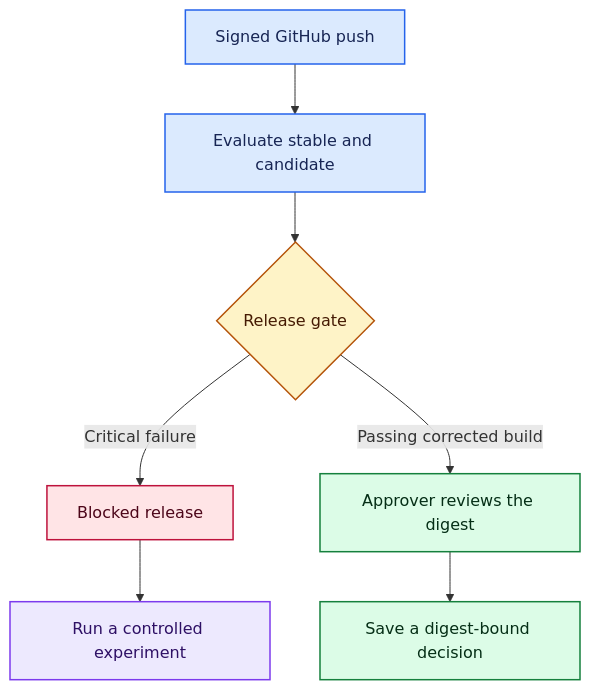
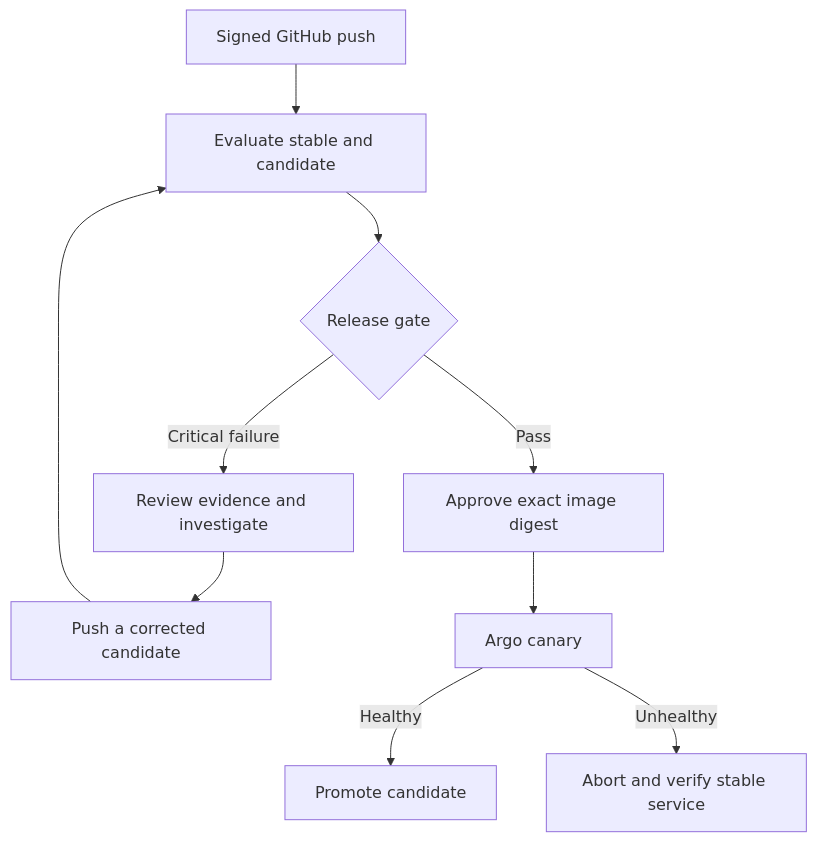
Before and after one commit to sujayv26/release-trace: the diagram in README.md, drawn with Mermaid. The commit also changed other lines of this file, not shown here.

Commit message:
docs: make ReleaseTrace README recruiter-friendly

````diff
--- a/README.md
+++ b/README.md
@@ -7,23 +20,12 @@
 ```mermaid
-flowchart TB
-    accTitle: ReleaseTrace review workflow
-    accDescr: A signed push triggers evaluation. The demo investigates a blocked candidate and approves a separate corrected candidate that passes.
-    Push["Signed GitHub push"] --> Evaluate["Evaluate stable and candidate"]
-    Evaluate --> Gate{"Release gate"}
-    Gate -->|Critical failure| Block["Blocked release"]
-    Gate -->|Passing corrected build| Review["Approver reviews the digest"]
-    Block --> Rerun["Run a controlled experiment"]
-    Review --> Decision["Save a digest-bound decision"]
-
-    classDef process fill:#dbeafe,stroke:#2563eb,color:#172554,stroke-width:1.5px
-    classDef decision fill:#fef3c7,stroke:#b45309,color:#451a03,stroke-width:1.5px
-    classDef blocked fill:#ffe4e6,stroke:#be123c,color:#4c0519,stroke-width:1.5px
-    classDef investigation fill:#ede9fe,stroke:#7c3aed,color:#2e1065,stroke-width:1.5px
-    classDef success fill:#dcfce7,stroke:#15803d,color:#052e16,stroke-width:1.5px
-
-    class Push,Evaluate process
-    class Gate decision
-    class Block blocked
-    class Rerun investigation
-    class Review,Decision success
+flowchart TD
+    Push["Signed GitHub push"] --> Eval["Evaluate stable and candidate"]
+    Eval --> Gate{"Release gate"}
+    Gate -->|Critical failure| Block["Review evidence and investigate"]
+    Block --> Fix["Push a corrected candidate"]
+    Fix --> Eval
+    Gate -->|Pass| Approve["Approve exact image digest"]
+    Approve --> Canary["Argo canary"]
+    Canary -->|Healthy| Promote["Promote candidate"]
+    Canary -->|Unhealthy| Abort["Abort and verify stable service"]
 ```
````
